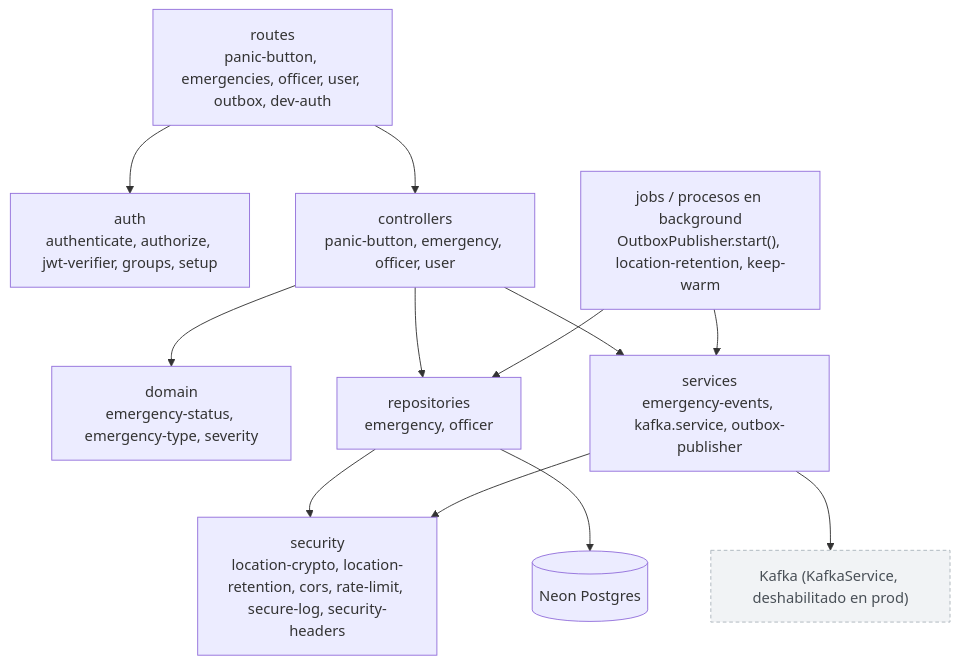
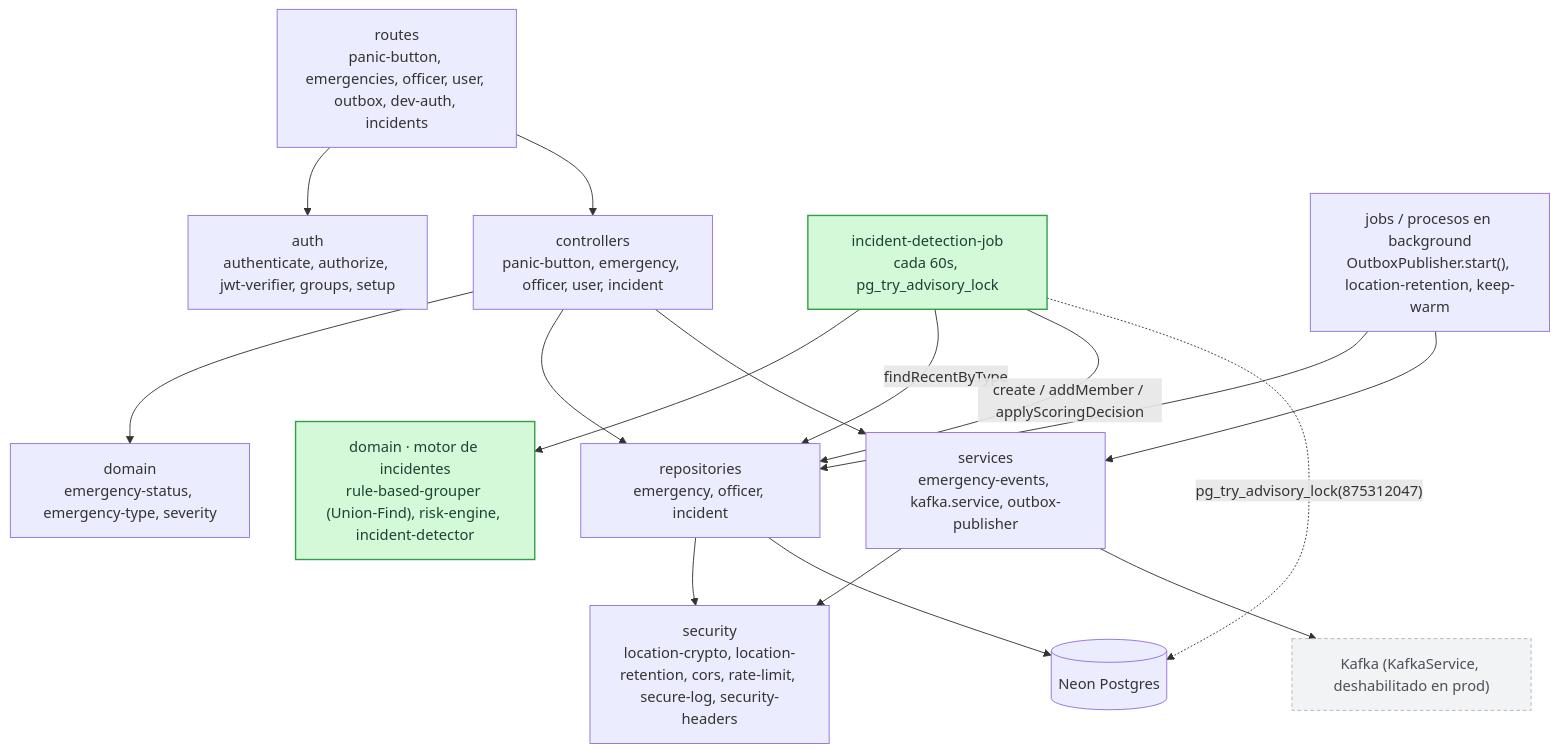
One commit to G6D2/emergencias-backend changed the second of 2 diagrams in docs/diagramas/03-arquitectura.md. Above: the diagram before and after it, drawn with Mermaid. The commit also changed other lines of this file and 9 other files, not shown here.

````diff
--- a/docs/diagramas/03-arquitectura.md
+++ b/docs/diagramas/03-arquitectura.md
@@ -73,27 +78,35 @@
 ```mermaid
 flowchart TB
-    routes["routes<br/>panic-button, emergencies, officer, user, outbox, dev-auth"]
+    routes["routes<br/>panic-button, emergencies, officer, user, outbox, dev-auth, incidents"]
     auth["auth<br/>authenticate, authorize, jwt-verifier, groups, setup"]
-    controllers["controllers<br/>panic-button, emergency, officer, user"]
+    controllers["controllers<br/>panic-button, emergency, officer, user, incident"]
     domain["domain<br/>emergency-status, emergency-type, severity"]
-    repositories["repositories<br/>emergency, officer"]
+    incidentDomain["domain · motor de incidentes<br/>rule-based-grouper (Union-Find), risk-engine, incident-detector"]:::incident
+    repositories["repositories<br/>emergency, officer, incident"]
     services["services<br/>emergency-events, kafka.service, outbox-publisher"]
+    detectionJob["incident-detection-job<br/>cada 60s, pg_try_advisory_lock"]:::incident
     security["security<br/>location-crypto, location-retention, cors, rate-limit, secure-log, security-headers"]
     jobs["jobs / procesos en background<br/>OutboxPublisher.start(), location-retention, keep-warm"]
     db[("Neon Postgres")]
     kafkaC["Kafka (KafkaService, deshabilitado en prod)"]:::planned
 
     routes --> auth
     routes --> controllers
     controllers --> domain
     controllers --> repositories
     controllers --> services
     repositories --> security
     repositories --> db
     services --> security
     jobs --> repositories
     jobs --> services
     services --> kafkaC
 
+    detectionJob --> incidentDomain
+    detectionJob -->|"findRecentByType"| repositories
+    detectionJob -->|"create / addMember / applyScoringDecision"| repositories
+    detectionJob -.->|"pg_try_advisory_lock(875312047)"| db
+
     classDef planned fill:#f1f3f5,stroke:#adb5bd,color:#495057,stroke-width:1px,stroke-dasharray: 4 3;
+    classDef incident fill:#d3f9d8,stroke:#2f9e44,color:#1b4332,stroke-width:1.5px;
 ```
````
